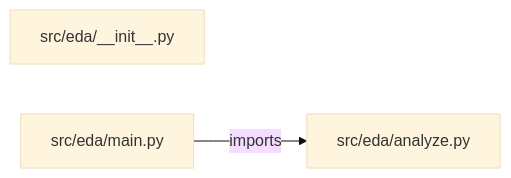
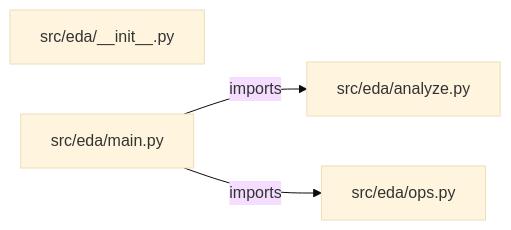
One commit to iarsingh/exploratory-data-analysis-toolkit changed the diagram in PROJECT_ARCHITECTURE.md. Above: the diagram before and after it, drawn with Mermaid (base theme). The commit also changed other lines of this file and 2 other files, not shown here.

Commit message:
Refresh architecture and interview guides from current implementation

````diff
--- a/PROJECT_ARCHITECTURE.md
+++ b/PROJECT_ARCHITECTURE.md
@@ -13,7 +13,9 @@
 ```mermaid
 flowchart LR
     M0["src/eda/__init__.py"]
     M1["src/eda/analyze.py"]
     M2["src/eda/main.py"]
+    M3["src/eda/ops.py"]
     M2 -->|imports| M1
+    M2 -->|imports| M3
 ```
````
